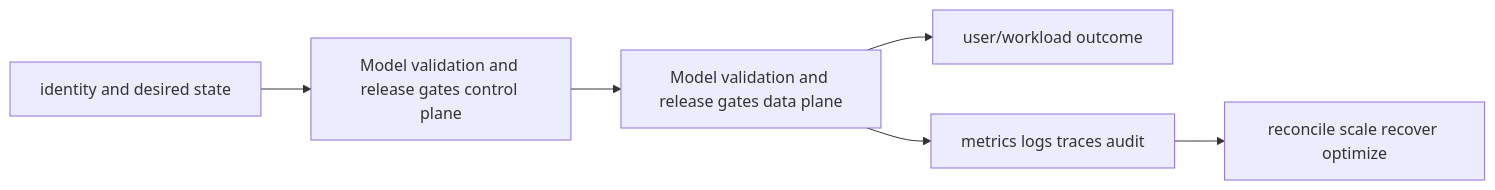
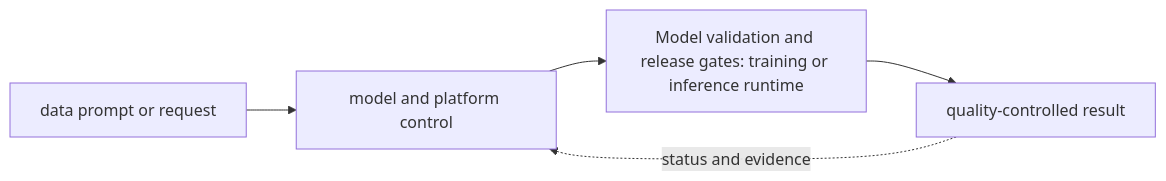
The diagram in 11-ai-platform/08-mlops-and-llmops-lifecycle/12-model-validation-release-gates/README.md (tomkidumbuyo/DevOps-interview-preparation), drawn with Mermaid before and after one commit. The commit also changed other lines of this file and 753 other files, not shown here.

````diff
--- a/11-ai-platform/08-mlops-and-llmops-lifecycle/12-model-validation-release-gates/README.md
+++ b/11-ai-platform/08-mlops-and-llmops-lifecycle/12-model-validation-release-gates/README.md
@@ -19,8 +31,7 @@
 ```mermaid
 flowchart LR
-  I[identity and desired state] --> C[Model validation and release gates control plane]
-  C --> D[Model validation and release gates data plane]
-  D --> U[user/workload outcome]
-  D --> O[metrics logs traces audit]
-  O --> R[reconcile scale recover optimize]
+  A["data prompt or request"] --> B["model and platform control"]
+  B --> C["Model validation and release gates: training or inference runtime"]
+  C --> D["quality-controlled result"]
+  D -. "status and evidence" .-> B
 ```
````
